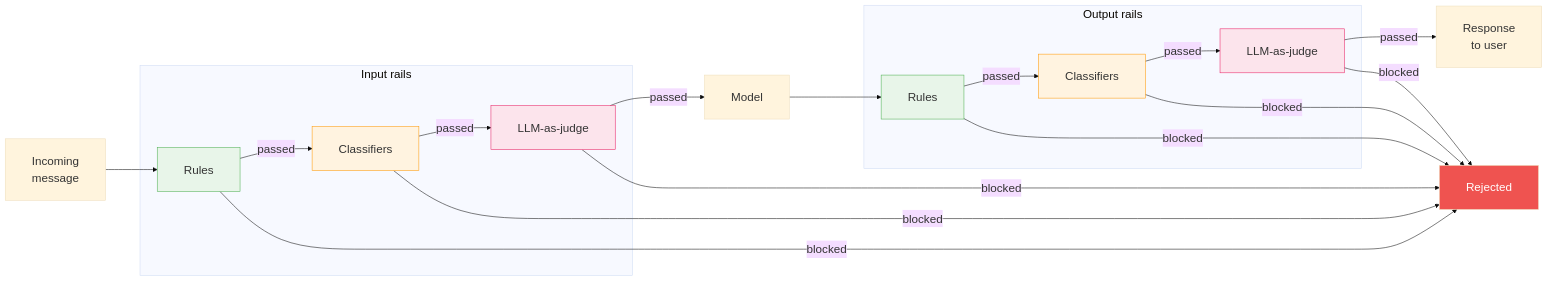
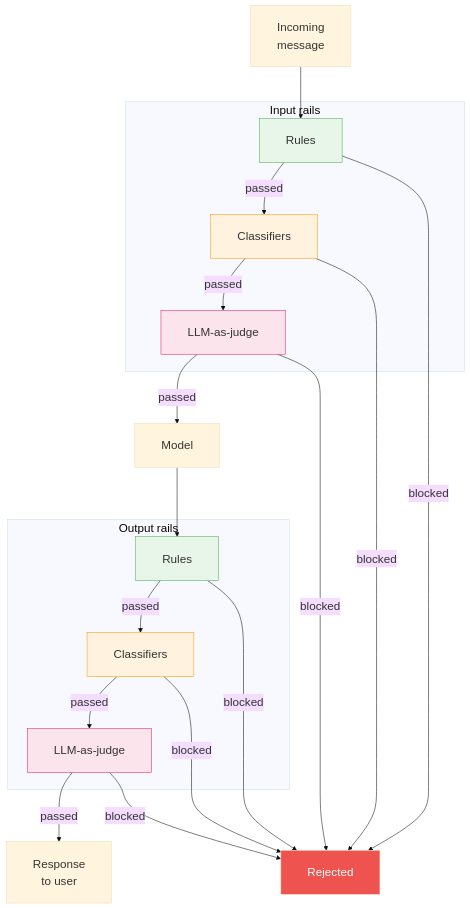
The diagram in src/content/blog/engineering/automated-red-teaming-guardrails-part-two.md (m-misiura/trustyai-blog), drawn with Mermaid before and after one commit. The commit also changed other lines of this file, not shown here.

````diff
--- a/src/content/blog/engineering/automated-red-teaming-guardrails-part-two.md
+++ b/src/content/blog/engineering/automated-red-teaming-guardrails-part-two.md
@@ -91,33 +91,33 @@
 ```mermaid
 %%{init: {"theme": "base", "themeVariables": {"fontSize": "22px"}, "flowchart": {"nodeSpacing": 55, "rankSpacing": 65, "padding": 25}}}%%
-flowchart LR
+flowchart TD
     A["Incoming<br/>message"] --> B
 
     subgraph INPUT["Input rails"]
         B["Rules"] -->|passed| C["Classifiers"] -->|passed| D["LLM-as-judge"]
     end
 
     D -->|passed| E["Model"]
     E --> F
 
     subgraph OUTPUT["Output rails"]
         F["Rules"] -->|passed| G["Classifiers"] -->|passed| H["LLM-as-judge"]
     end
 
     H -->|passed| I["Response<br/>to user"]
 
     B -->|blocked| R["Rejected"]
     C -->|blocked| R
     D -->|blocked| R
     F -->|blocked| R
     G -->|blocked| R
     H -->|blocked| R
 
     style B fill:#e8f5e9,stroke:#4caf50
     style C fill:#fff3e0,stroke:#ff9800
     style D fill:#fce4ec,stroke:#e91e63
     style F fill:#e8f5e9,stroke:#4caf50
     style G fill:#fff3e0,stroke:#ff9800
     style H fill:#fce4ec,stroke:#e91e63
     style R fill:#ef5350,color:#fff
 ```
````
